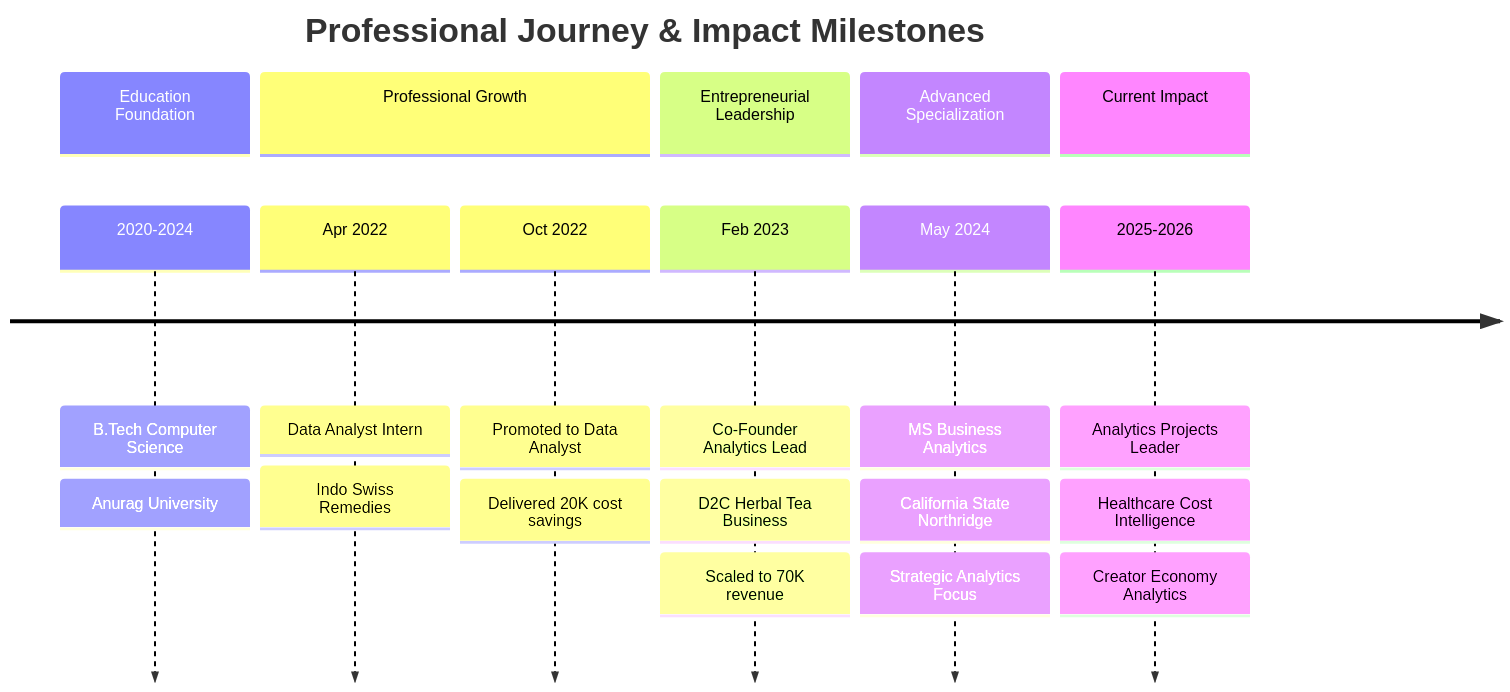
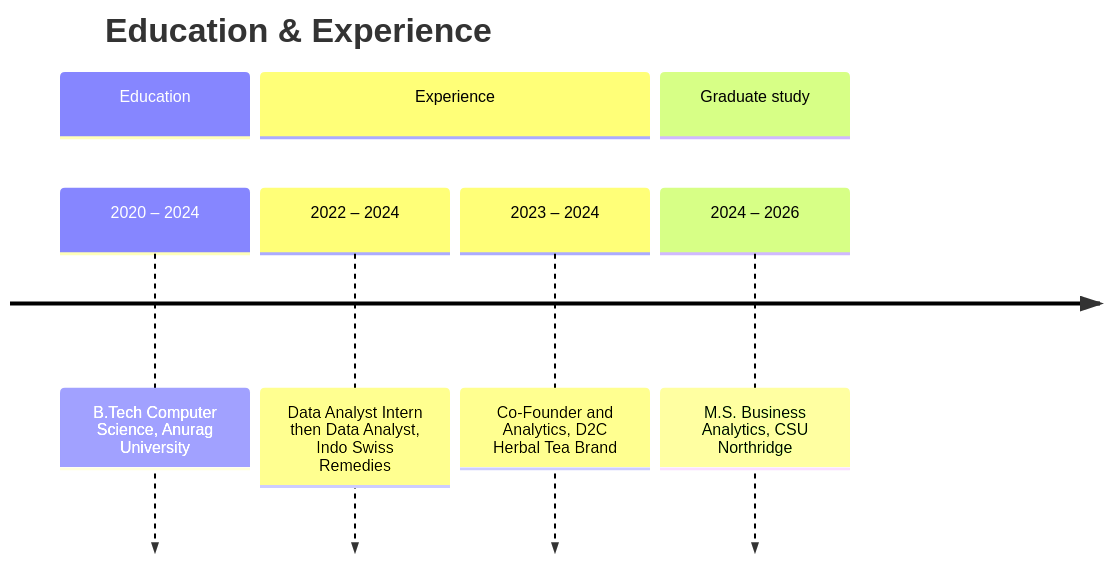
One commit to Abhiiiii7/Abhiiiii7 changed the diagram in README.md. Above: the diagram before and after it, drawn with Mermaid. The commit also changed other lines of this file, not shown here.

First line of the commit message:
Rewrite profile README: honest positioning, brand-aligned, accurate

````diff
--- a/README.md
+++ b/README.md
@@ -83,24 +102,11 @@
 ```mermaid
 timeline
-    title Professional Journey & Impact Milestones
-    section Education Foundation
-    2020-2024 : B.Tech Computer Science
-              : Anurag University
-    section Professional Growth
-    Apr 2022 : Data Analyst Intern
-             : Indo Swiss Remedies
-    Oct 2022 : Promoted to Data Analyst
-             : Delivered 20K cost savings
-    section Entrepreneurial Leadership
-    Feb 2023 : Co-Founder Analytics Lead
-             : D2C Herbal Tea Business
-             : Scaled to 70K revenue
-    section Advanced Specialization
-    May 2024 : MS Business Analytics
-             : California State Northridge
-             : Strategic Analytics Focus
-    section Current Impact
-    2025-2026 : Analytics Projects Leader
-              : Healthcare Cost Intelligence
-              : Creator Economy Analytics
+    title Education & Experience
+    section Education
+      2020 – 2024 : B.Tech Computer Science, Anurag University
+    section Experience
+      2022 – 2024 : Data Analyst Intern then Data Analyst, Indo Swiss Remedies
+      2023 – 2024 : Co-Founder and Analytics, D2C Herbal Tea Brand
+    section Graduate study
+      2024 – 2026 : M.S. Business Analytics, CSU Northridge
 ```
````
